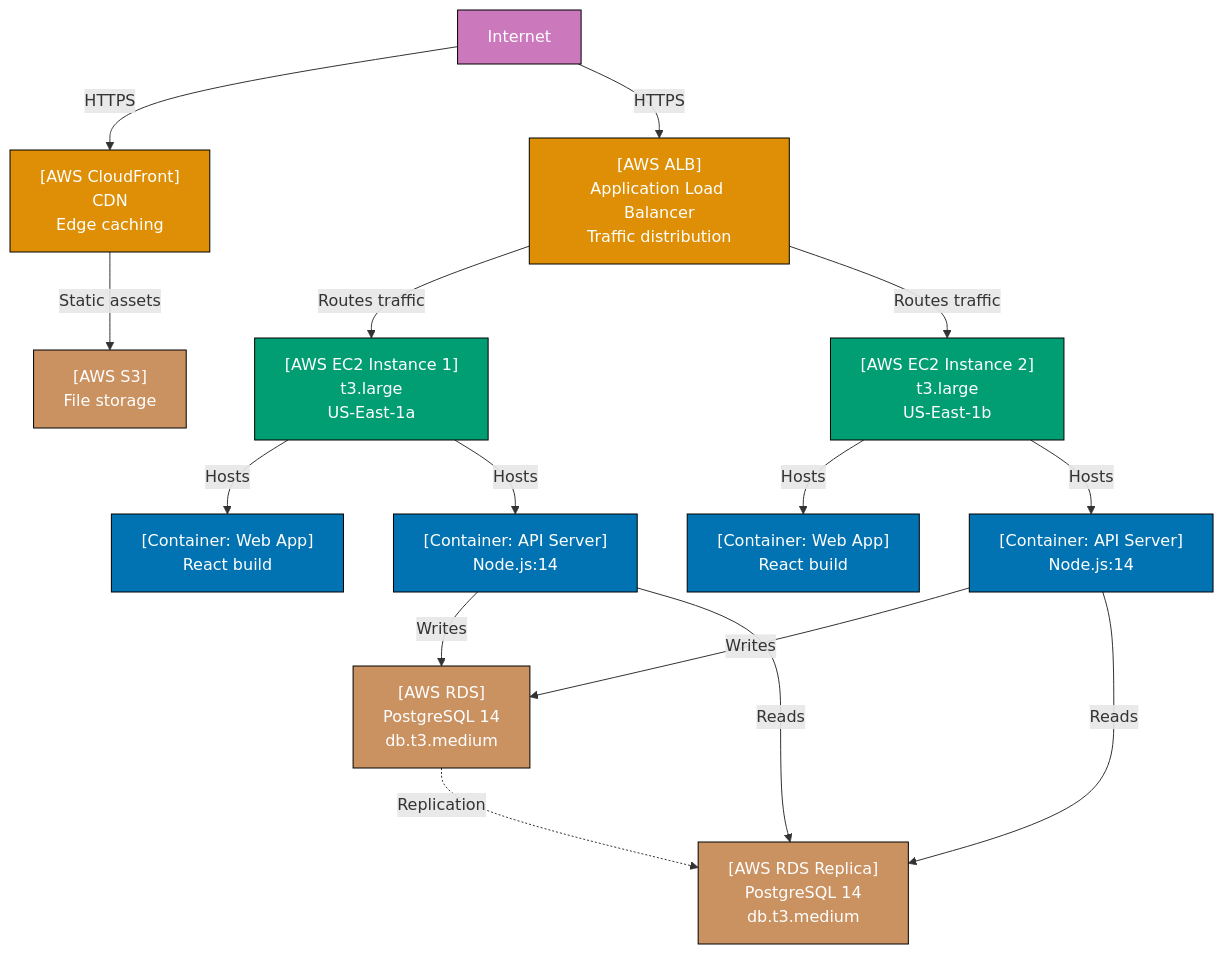
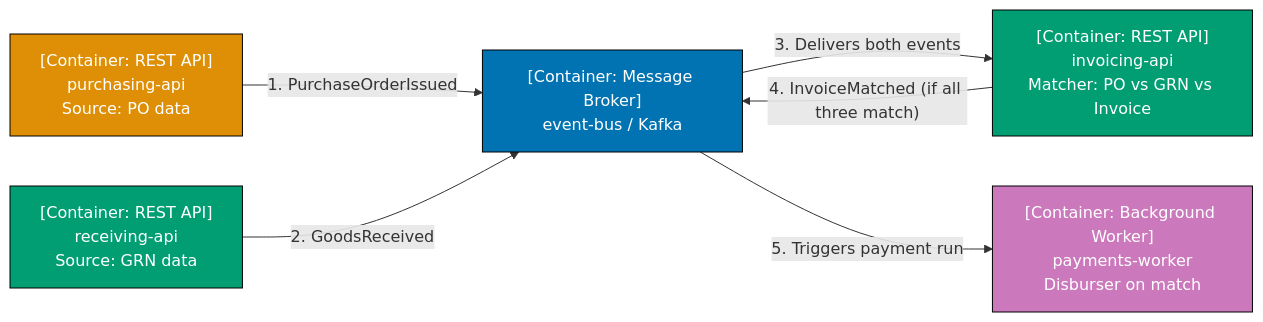
One commit to wahidyankf/open-sharia-enterprise changed diagram 14 of 30 in apps/ayokoding-web/content/en/learn/software-engineering/architecture/c4-architecture-model/by-example/intermediate.md. Above: the diagram before and after it, drawn with Mermaid. The commit also changed other lines of this file and 38 other files, not shown here.

First line of the commit message:
docs(ayokoding-web): unify architecture tutorials on shared P2P domain

````diff
--- a/apps/ayokoding-web/content/en/learn/software-engineering/architecture/c4-architecture-model/by-example/intermediate.md
+++ b/apps/ayokoding-web/content/en/learn/software-engineering/architecture/c4-architecture-model/by-example/intermediate.md
@@ -472,53 +568,20 @@
 ```mermaid
-graph TD
-    Internet["Internet"]
+graph LR
+    PurchAPI["[Container: REST API]<br/>purchasing-api<br/>Source: PO data"]
+    EventBus["[Container: Message Broker]<br/>event-bus / Kafka"]
+    RecvAPI["[Container: REST API]<br/>receiving-api<br/>Source: GRN data"]
+    InvAPI["[Container: REST API]<br/>invoicing-api<br/>Matcher: PO vs GRN vs Invoice"]
+    PayWorker["[Container: Background Worker]<br/>payments-worker<br/>Disburser on match"]
 
-    CloudFront["[AWS CloudFront]<br/>CDN<br/>Edge caching"]
-    ALB["[AWS ALB]<br/>Application Load Balancer<br/>Traffic distribution"]
+    PurchAPI -->|"1. PurchaseOrderIssued"| EventBus
+    RecvAPI -->|"2. GoodsReceived"| EventBus
+    EventBus -->|"3. Delivers both events"| InvAPI
+    InvAPI -->|"4. InvoiceMatched (if all three match)"| EventBus
+    EventBus -->|"5. Triggers payment run"| PayWorker
 
-    EC2_1["[AWS EC2 Instance 1]<br/>t3.large<br/>US-East-1a"]
-    EC2_2["[AWS EC2 Instance 2]<br/>t3.large<br/>US-East-1b"]
-
-    WebApp1["[Container: Web App]<br/>React build"]
-    WebApp2["[Container: Web App]<br/>React build"]
-
-    APIServer1["[Container: API Server]<br/>Node.js:14"]
-    APIServer2["[Container: API Server]<br/>Node.js:14"]
-
-    RDS["[AWS RDS]<br/>PostgreSQL 14<br/>db.t3.medium"]
-    RDSReplica["[AWS RDS Replica]<br/>PostgreSQL 14<br/>db.t3.medium"]
-
-    S3["[AWS S3]<br/>File storage"]
-
-    Internet -->|HTTPS| CloudFront
-    CloudFront -->|Static assets| S3
-    Internet -->|HTTPS| ALB
-
-    ALB -->|Routes traffic| EC2_1
-    ALB -->|Routes traffic| EC2_2
-
-    EC2_1 -->|Hosts| WebApp1
-    EC2_1 -->|Hosts| APIServer1
-    EC2_2 -->|Hosts| WebApp2
-    EC2_2 -->|Hosts| APIServer2
-
-    APIServer1 -->|Writes| RDS
-    APIServer1 -->|Reads| RDSReplica
-    APIServer2 -->|Writes| RDS
-    APIServer2 -->|Reads| RDSReplica
-
-    RDS -.->|Replication| RDSReplica
-
-    style Internet fill:#CC78BC,stroke:#000,color:#fff
-    style CloudFront fill:#DE8F05,stroke:#000,color:#fff
-    style ALB fill:#DE8F05,stroke:#000,color:#fff
-    style EC2_1 fill:#029E73,stroke:#000,color:#fff
-    style EC2_2 fill:#029E73,stroke:#000,color:#fff
-    style WebApp1 fill:#0173B2,stroke:#000,color:#fff
-    style WebApp2 fill:#0173B2,stroke:#000,color:#fff
-    style APIServer1 fill:#0173B2,stroke:#000,color:#fff
-    style APIServer2 fill:#0173B2,stroke:#000,color:#fff
-    style RDS fill:#CA9161,stroke:#000,color:#fff
-    style RDSReplica fill:#CA9161,stroke:#000,color:#fff
-    style S3 fill:#CA9161,stroke:#000,color:#fff
+    style PurchAPI fill:#DE8F05,stroke:#000,color:#fff
+    style EventBus fill:#0173B2,stroke:#000,color:#fff
+    style RecvAPI fill:#029E73,stroke:#000,color:#fff
+    style InvAPI fill:#029E73,stroke:#000,color:#fff
+    style PayWorker fill:#CC78BC,stroke:#000,color:#fff
 ```
````
